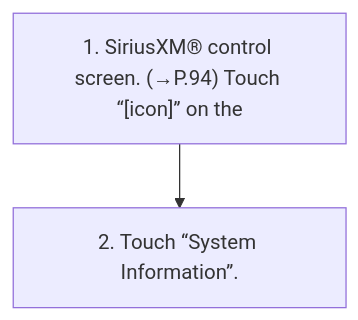
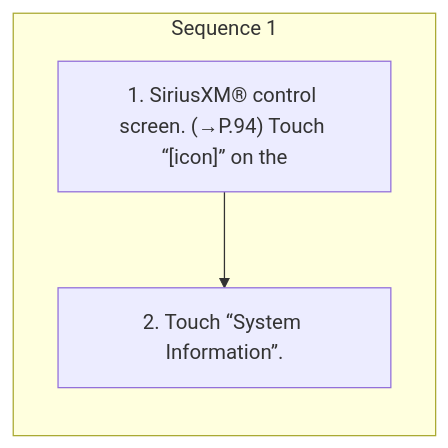
Before and after one commit to Chieko-Y/my-spec-generator: the diagram in workspace/subaru/outback-2026/ivi/published/audio/10-displaying-the-radio-id.md, drawn with Mermaid. The commit also changed other lines of this file and 268 other files, not shown here.

````diff
--- a/workspace/subaru/outback-2026/ivi/published/audio/10-displaying-the-radio-id.md
+++ b/workspace/subaru/outback-2026/ivi/published/audio/10-displaying-the-radio-id.md
@@ -9,6 +9,9 @@
 ```mermaid
 flowchart TD
-    S1["1. SiriusXM® control screen. (→P.94) Touch “[icon]” on the"]
-    S2["2. Touch “System Information”."]
-    S1 --> S2
+    subgraph SEQ1["Sequence 1"]
+    direction TB
+    S1_1["1. SiriusXM® control screen. (→P.94) Touch “[icon]” on the"]
+    S1_2["2. Touch “System Information”."]
+    S1_1 --> S1_2
+    end
 ```
````
